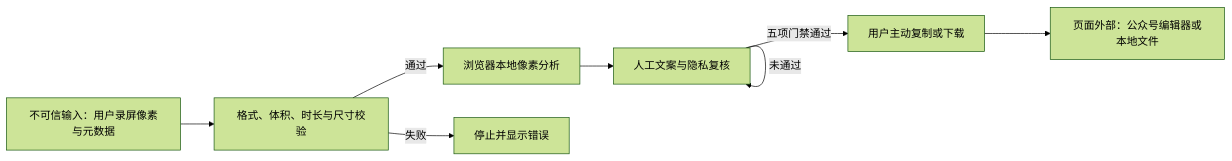
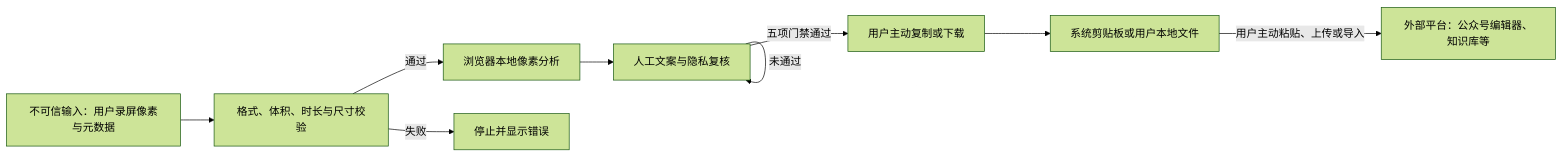
The second of 3 diagrams in docs/uml/06-deployment-and-privacy.md (AnnCYW-cm/recnote), drawn with Mermaid (forest theme) before and after one commit. The commit also changed other lines of this file and 12 other files, not shown here.

Commit message:
docs: 修正产品 UML 决策闭环

````diff
--- a/docs/uml/06-deployment-and-privacy.md
+++ b/docs/uml/06-deployment-and-privacy.md
@@ -46,17 +46,19 @@
 ```mermaid
 flowchart LR
   Untrusted["不可信输入：用户录屏像素与元数据"]
   Validate["格式、体积、时长与尺寸校验"]
   Analyze["浏览器本地像素分析"]
   Review["人工文案与隐私复核"]
   Export["用户主动复制或下载"]
-  Outside["页面外部：公众号编辑器或本地文件"]
+  LocalExit["系统剪贴板或用户本地文件"]
+  Outside["外部平台：公众号编辑器、知识库等"]
 
   Untrusted --> Validate
   Validate -->|"通过"| Analyze
   Validate -->|"失败"| Stop["停止并显示错误"]
   Analyze --> Review
   Review -->|"五项门禁通过"| Export
   Review -->|"未通过"| Review
-  Export --> Outside
+  Export --> LocalExit
+  LocalExit -->|"用户主动粘贴、上传或导入"| Outside
 ```
````
